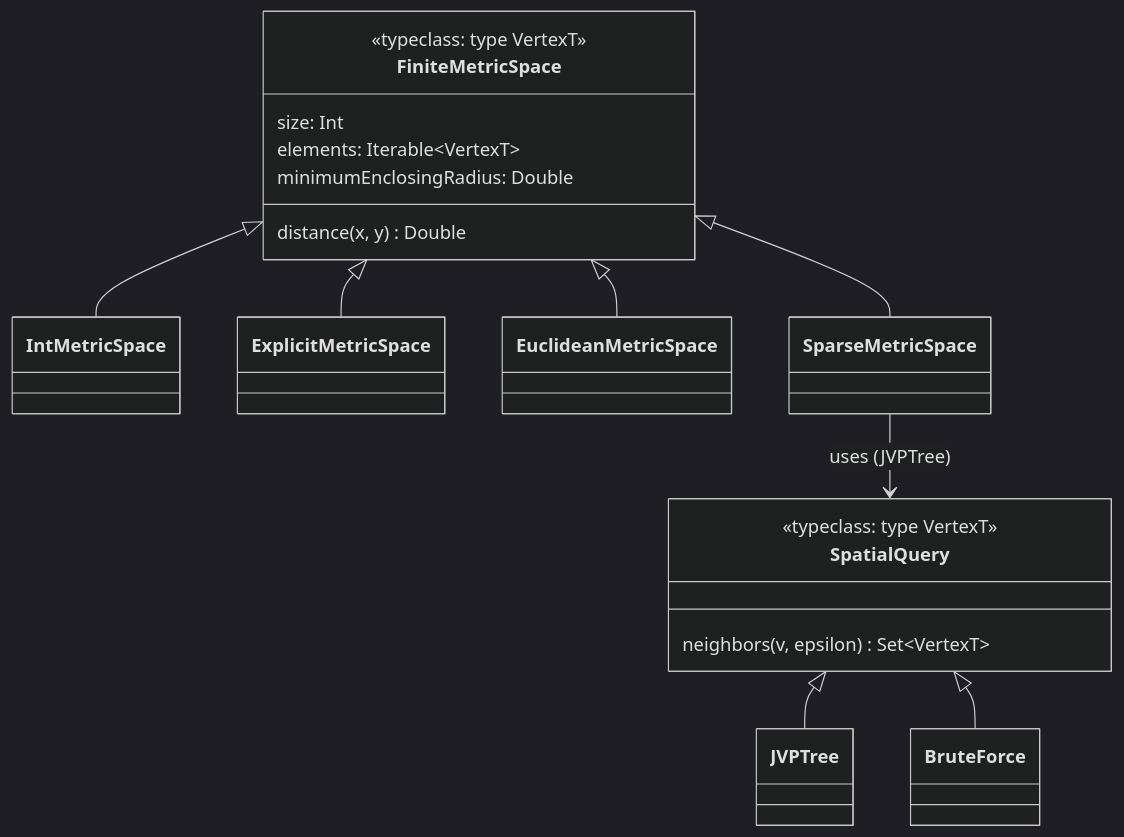
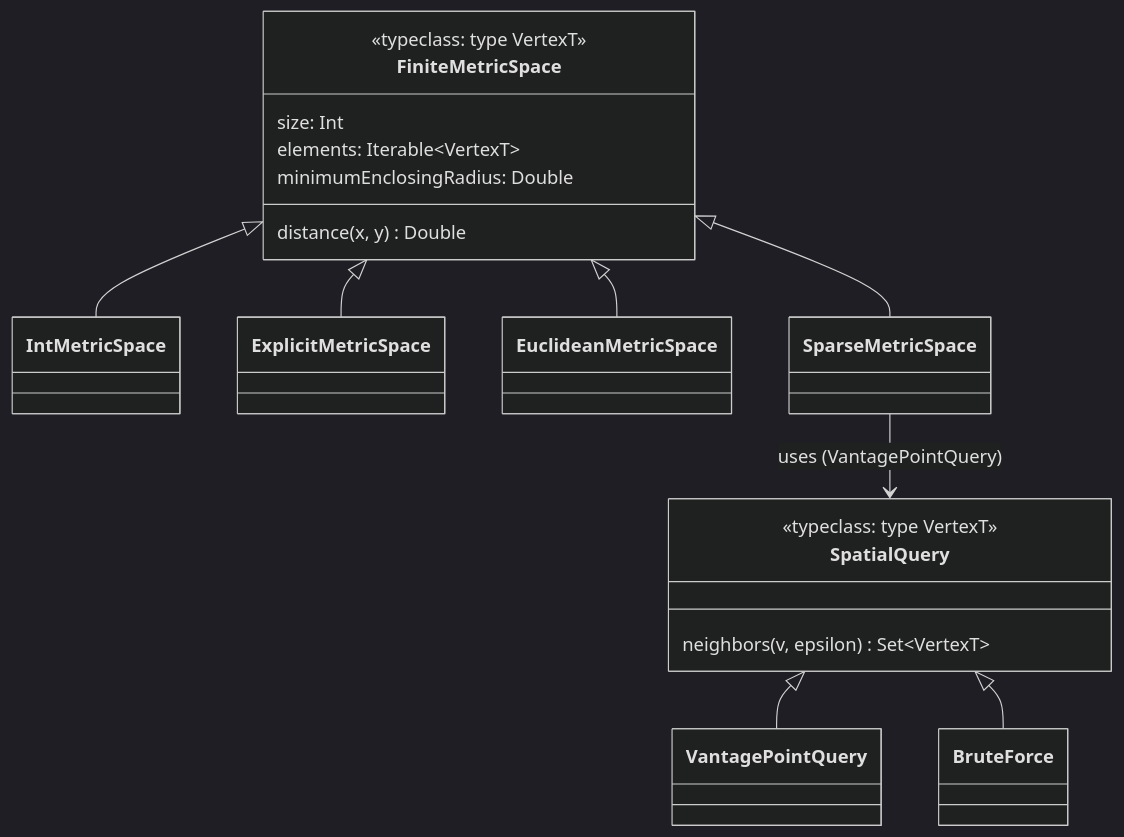
The sixth of 11 diagrams in _docs/developers-guide/class-diagrams.md (appliedtopology/tda4j), drawn with Mermaid (dark theme) before and after one commit. The commit also changed 2 other files, not shown here.

Commit message:
Docs: the replaced libraries, and the seams added since
Claude-Session: https://claude.ai/code/session_01Y3NnSXcZw85F5cz5cibQpY

````diff
--- a/_docs/developers-guide/class-diagrams.md
+++ b/_docs/developers-guide/class-diagrams.md
@@ -237,21 +237,21 @@
 ```mermaid
 classDiagram
     class FiniteMetricSpace {
         <<typeclass: type VertexT>>
         distance(x, y) Double
         size: Int
         elements: Iterable~VertexT~
         minimumEnclosingRadius: Double
     }
     FiniteMetricSpace <|-- IntMetricSpace
     FiniteMetricSpace <|-- ExplicitMetricSpace
     FiniteMetricSpace <|-- EuclideanMetricSpace
     FiniteMetricSpace <|-- SparseMetricSpace
     class SpatialQuery {
         <<typeclass: type VertexT>>
         neighbors(v, epsilon) Set~VertexT~
     }
-    SpatialQuery <|-- JVPTree
+    SpatialQuery <|-- VantagePointQuery
     SpatialQuery <|-- BruteForce
-    SparseMetricSpace --> SpatialQuery : uses (JVPTree)
+    SparseMetricSpace --> SpatialQuery : uses (VantagePointQuery)
 ```
````
